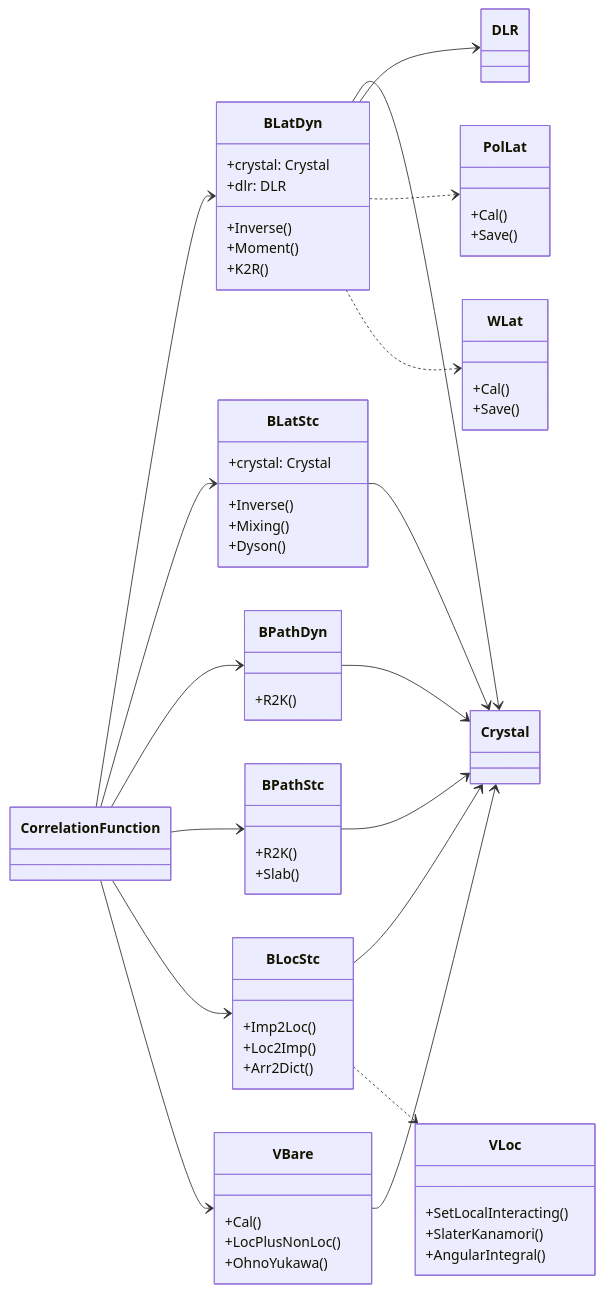
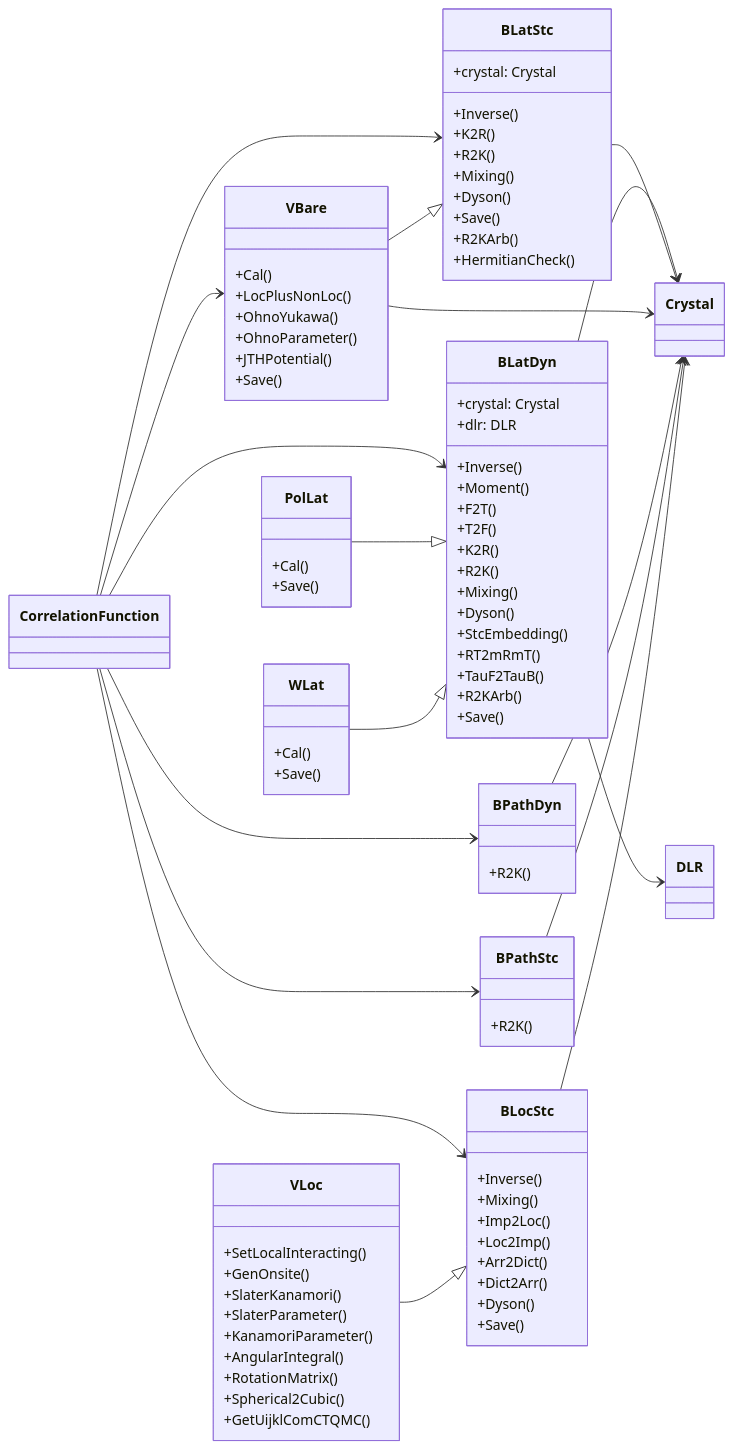
Before and after one commit to QAssemble/qassemble: the third of 4 diagrams in docs/SerialClassDiagram.md, drawn with Mermaid. The commit also changed other lines of this file and 1 other file, not shown here.

````diff
--- a/docs/SerialClassDiagram.md
+++ b/docs/SerialClassDiagram.md
@@ -140,18 +228,36 @@
         +dlr: DLR
         +Inverse()
         +Moment()
+        +F2T()
+        +T2F()
         +K2R()
+        +R2K()
+        +Mixing()
+        +Dyson()
+        +StcEmbedding()
+        +RT2mRmT()
+        +TauF2TauB()
+        +R2KArb()
+        +Save()
     }
     class BLatStc {
         +crystal: Crystal
         +Inverse()
+        +K2R()
+        +R2K()
         +Mixing()
         +Dyson()
+        +Save()
+        +R2KArb()
+        +HermitianCheck()
     }
     class VBare {
         +Cal()
         +LocPlusNonLoc()
         +OhnoYukawa()
+        +OhnoParameter()
+        +JTHPotential()
+        +Save()
     }
     class PolLat {
         +Cal()
@@ -166,17 +272,27 @@
     }
     class BPathStc {
         +R2K()
-        +Slab()
     }
     class BLocStc {
+        +Inverse()
+        +Mixing()
         +Imp2Loc()
         +Loc2Imp()
         +Arr2Dict()
+        +Dict2Arr()
+        +Dyson()
+        +Save()
     }
     class VLoc {
         +SetLocalInteracting()
+        +GenOnsite()
         +SlaterKanamori()
+        +SlaterParameter()
+        +KanamoriParameter()
         +AngularIntegral()
+        +RotationMatrix()
+        +Spherical2Cubic()
+        +GetUijklComCTQMC()
     }
 
     CorrelationFunction --> BLatDyn
@@ -187,12 +303,13 @@
     CorrelationFunction --> VBare
     BLatDyn --> Crystal
     BLatDyn --> DLR
-    BLatDyn ..> PolLat
-    BLatDyn ..> WLat
+    PolLat --|> BLatDyn
+    WLat --|> BLatDyn
     BLatStc --> Crystal
+    VBare --|> BLatStc
     VBare --> Crystal
     BPathDyn --> Crystal
     BPathStc --> Crystal
     BLocStc --> Crystal
-    BLocStc ..> VLoc
+    VLoc --|> BLocStc
 ```
````
